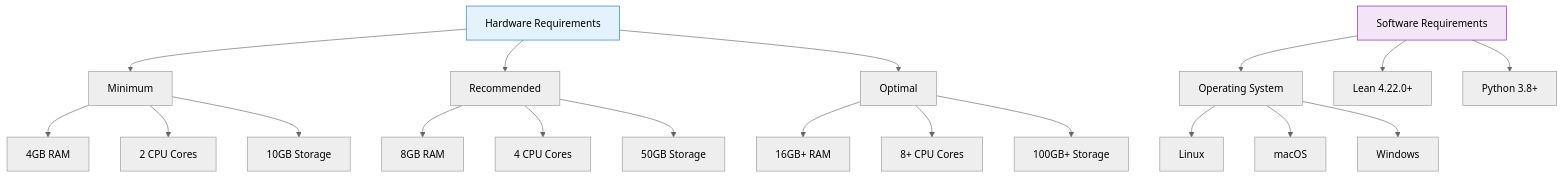
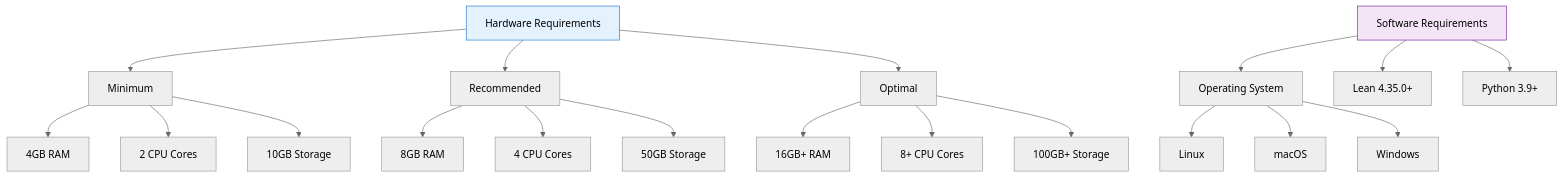
Diagram 11 of 14 in docs/architecture.md (docxology/lean_niche), drawn with Mermaid (neutral theme) before and after one commit. The commit also changed 32 other files, not shown here.

````diff
--- a/docs/architecture.md
+++ b/docs/architecture.md
@@ -448,29 +448,29 @@
 ```mermaid
 graph TB
     A[Hardware Requirements] --> B[Minimum]
     A --> C[Recommended]
     A --> D[Optimal]
 
     B --> E[4GB RAM]
     B --> F[2 CPU Cores]
     B --> G[10GB Storage]
 
     C --> H[8GB RAM]
     C --> I[4 CPU Cores]
     C --> J[50GB Storage]
 
     D --> K[16GB+ RAM]
     D --> L[8+ CPU Cores]
     D --> M[100GB+ Storage]
 
     N[Software Requirements] --> O[Operating System]
-    N --> P[Lean 4.22.0+]
-    N --> Q[Python 3.8+]
+    N --> P[Lean 4.35.0+]
+    N --> Q[Python 3.9+]
 
     O --> R[Linux]
     O --> S[macOS]
     O --> T[Windows]
 
     style A fill:#e3f2fd,stroke:#1976d2
     style N fill:#f3e5f5,stroke:#7b1fa2
 ```
````
